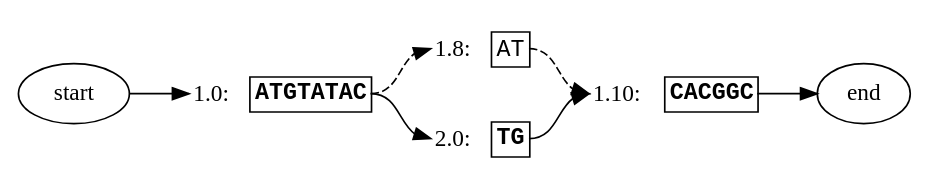
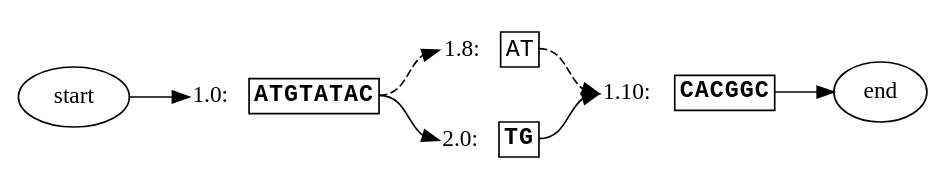
The diagram in docs/figures/figure_2.dot (ginkgobioworks/gen), drawn with Graphviz before and after one commit. The commit also changed 9 other files, not shown here.

```diff
--- a/docs/figures/figure_2.dot
+++ b/docs/figures/figure_2.dot
@@ -1,53 +1,78 @@
 strict digraph "" {
 	graph [bb="0,0,497.75,90",
 		overlap=scale,
 		rankdir=LR,
 		splines=true
 	];
 	node [label="\N"];
-	1.0	[height=0.5,
-		highlight=True,
-		label=<<TABLE BORDER='0' CELLBORDER='1' CELLSPACING='0'><TR><TD BORDER='0' PORT='caption'>1.0: </TD><TD><FONT FACE='Courier New'><B>ATGTATAC</B></FONT></TD></TR></TABLE>>,
+	source	[end=-1,
+		height=0.5,
+		label=start,
+		original_node=source,
+		pos="27,45",
+		width=0.75];
+	1.0	[end=7,
+		height=0.5,
+		highlights="[True, True, True, True, True, True, True, True]",
+		label=<<TABLE BORDER='0' CELLBORDER='1' CELLSPACING='0'><TR><TD BORDER='0' PORT='caption'>1.0:&nbsp;</TD><TD><FONT FACE='Courier New'><B>A</B><B>T</B><B>G</B><B>T</B><B>A</B><B>T</B><B>A</B><B>C</B></FONT></TD></TR></TABLE>>,
 		margin=0,
+		original_node=1,
 		pos="140.38,45",
 		sequence=ATGTATAC,
 		shape=none,
+		start=0,
 		width=1.3993];
-	1.8	[height=0.5,
-		label=<<TABLE BORDER='0' CELLBORDER='1' CELLSPACING='0'><TR><TD BORDER='0' PORT='caption'>1.8: </TD><TD><FONT FACE='Courier New'>AT</FONT></TD></TR></TABLE>>,
+	source:e -> 1.0:caption	[pos="e,90,45 54,45 65.375,45 70.685,45 78.553,45",
+		reference=False];
+	1.8	[end=9,
+		height=0.5,
+		highlights="[False, False]",
+		label=<<TABLE BORDER='0' CELLBORDER='1' CELLSPACING='0'><TR><TD BORDER='0' PORT='caption'>1.8:&nbsp;</TD><TD><FONT FACE='Courier New'>AT</FONT></TD></TR></TABLE>>,
 		margin=0,
+		original_node=1,
 		pos="253.75,72",
 		sequence=AT,
 		shape=none,
+		start=8,
 		width=0.75];
-	1.0:e -> 1.8:w	[pos="e,226.75,72 190.75,45 206.06,45 207.31,60.827 216.02,68.246",
+	1.0:e -> 1.8:caption	[pos="e,227.12,72 190.75,45 206.16,45 207.5,60.827 216.31,68.246",
+		reference=True,
 		style=dashed];
-	2.0	[height=0.5,
-		highlight=True,
-		label=<<TABLE BORDER='0' CELLBORDER='1' CELLSPACING='0'><TR><TD BORDER='0' PORT='caption'>2.0: </TD><TD><FONT FACE='Courier New'><B>TG</B></FONT></TD></TR></TABLE>>,
+	2.0	[end=1,
+		height=0.5,
+		highlights="[True, True]",
+		label=<<TABLE BORDER='0' CELLBORDER='1' CELLSPACING='0'><TR><TD BORDER='0' PORT='caption'>2.0:&nbsp;</TD><TD><FONT FACE='Courier New'><B>T</B><B>G</B></FONT></TD></TR></TABLE>>,
 		margin=0,
+		original_node=2,
 		pos="253.75,18",
 		sequence=TG,
 		shape=none,
+		start=0,
 		width=0.75];
-	1.0:e -> 2.0:w	[pos="e,226.75,18 190.75,45 206.06,45 207.31,29.173 216.02,21.754"];
-	1.10	[height=0.5,
-		highlight=True,
-		label=<<TABLE BORDER='0' CELLBORDER='1' CELLSPACING='0'><TR><TD BORDER='0' PORT='caption'>1.10: </TD><TD><FONT FACE='Courier New'><B>CACGGC</B></FONT></TD></TR></TABLE>>,
+	1.0:e -> 2.0:caption	[pos="e,227.12,18 190.75,45 206.16,45 207.5,29.173 216.31,21.754",
+		reference=False];
+	1.10	[end=15,
+		height=0.5,
+		highlights="[True, True, True, True, True, True]",
+		label=<<TABLE BORDER='0' CELLBORDER='1' CELLSPACING='0'><TR><TD BORDER='0' PORT='caption'>1.10:&nbsp;</TD><TD><FONT FACE='Courier New'><B>C</B><B>A</B><B>C</B><B>G</B><B>G</B><B>C</B></FONT></TD></TR></TABLE>>,
 		margin=0,
+		original_node=1,
 		pos="362.25,45",
 		sequence=CACGGC,
 		shape=none,
+		start=10,
 		width=1.2639];
-	1.8:e -> 1.10:w	[pos="e,316.75,45 280.75,72 296.06,72 297.31,56.173 306.02,48.754",
+	1.8:e -> 1.10:caption	[pos="e,316.75,45 280.75,72 296.06,72 297.31,56.173 306.02,48.754",
+		reference=True,
 		style=dashed];
-	2.0:e -> 1.10:w	[pos="e,316.75,45 280.75,18 296.06,18 297.31,33.827 306.02,41.246"];
-	start	[height=0.5,
-		pos="27,45",
+	2.0:e -> 1.10:caption	[pos="e,316.75,45 280.75,18 296.06,18 297.31,33.827 306.02,41.246",
+		reference=False];
+	sink	[height=0.5,
+		label=end,
+		original_node=sink,
+		pos="470.75,45",
+		start=0,
 		width=0.75];
-	start:e -> 1.0:w	[pos="e,90,45 54,45 65.375,45 70.685,45 78.553,45"];
-	end	[height=0.5,
-		pos="470.75,45",
-		width=0.75];
-	1.10:e -> end:w	[pos="e,443.75,45 407.75,45 419.12,45 424.43,45 432.3,45"];
+	1.10:e -> sink:caption	[pos="e,443.5,45 407.75,45 415.63,45 424.08,45 432.12,45",
+		reference=False];
 }
```
